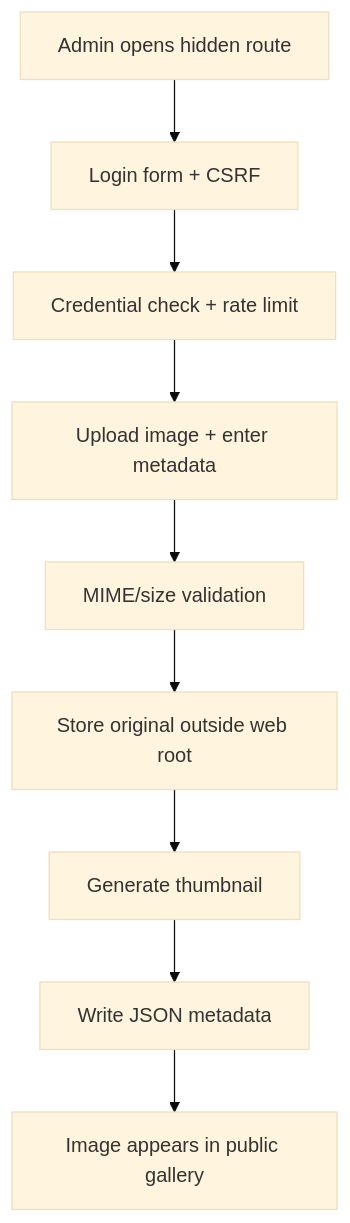
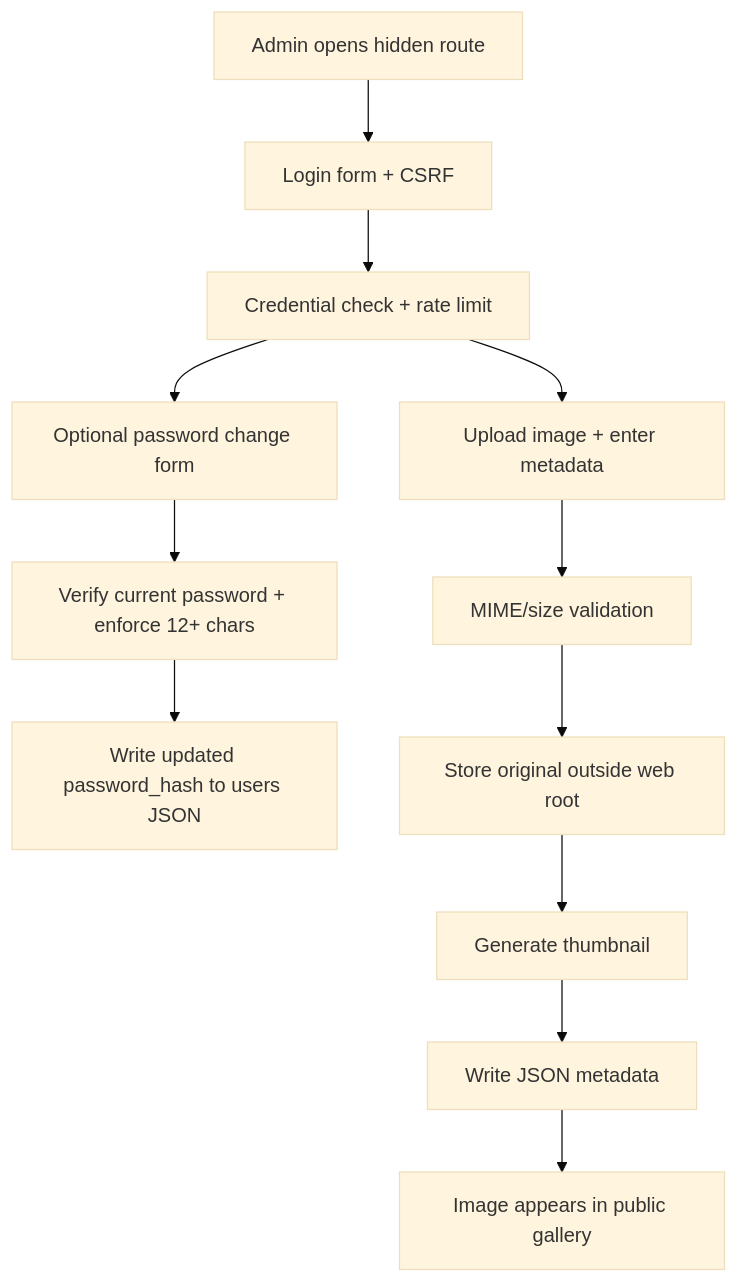
The second of 3 diagrams in README.md (smeird/images), drawn with Mermaid (base theme) before and after one commit. The commit also changed other lines of this file and 4 other files, not shown here.

First line of the commit message:
Add admin password change flow in admin area

````diff
--- a/README.md
+++ b/README.md
@@ -120,11 +121,14 @@
 ```mermaid
 flowchart TD
   A[Admin opens hidden route] --> B[Login form + CSRF]
   B --> C[Credential check + rate limit]
   C --> D[Upload image + enter metadata]
+  C --> J[Optional password change form]
+  J --> K[Verify current password + enforce 12+ chars]
+  K --> L[Write updated password_hash to users JSON]
   D --> E[MIME/size validation]
   E --> F[Store original outside web root]
   F --> G[Generate thumbnail]
   G --> H[Write JSON metadata]
   H --> I[Image appears in public gallery]
 ```
````
